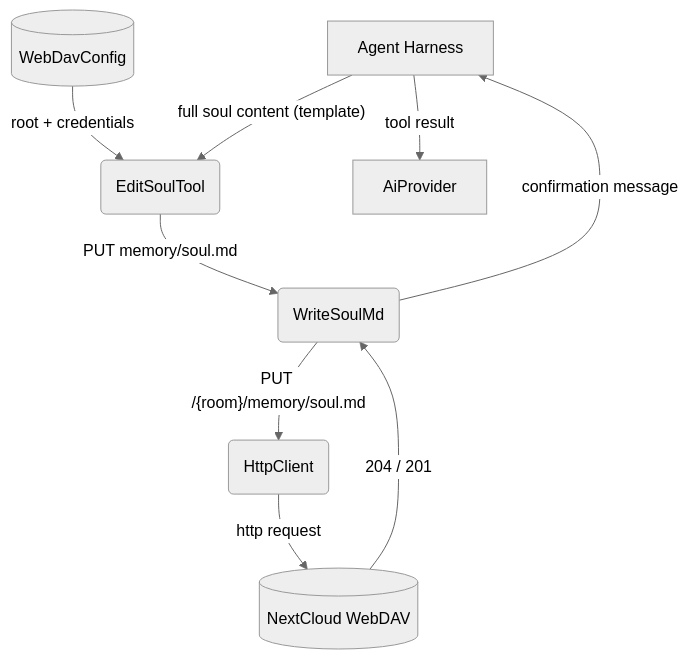
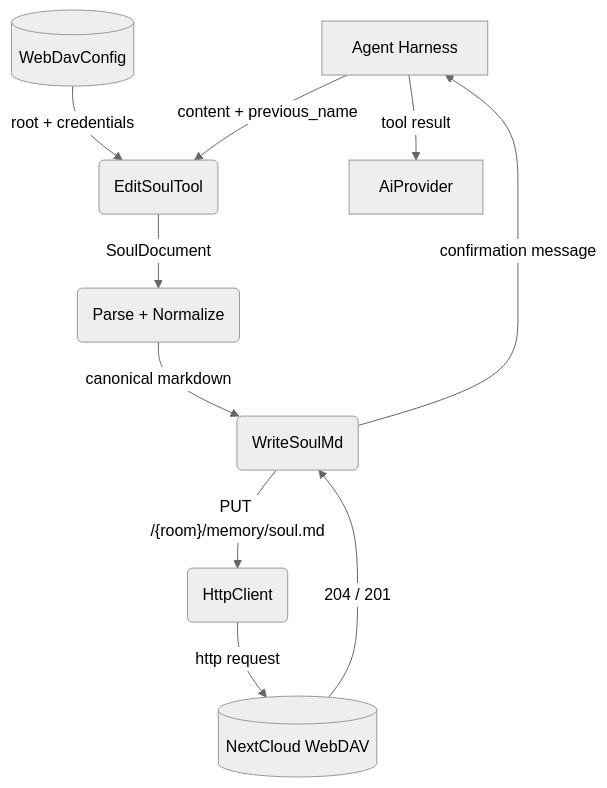
Before and after one commit to cosmoswafer/rockbot: the diagram in _dfd/tools/edit-soul/main-path.md, drawn with Mermaid (neutral theme). The commit also changed other lines of this file and 22 other files, not shown here.

Commit message:
Soul format: YAML front matter + legacy name migration (closes #105)

````diff
--- a/_dfd/tools/edit-soul/main-path.md
+++ b/_dfd/tools/edit-soul/main-path.md
@@ -37,19 +41,21 @@
 ```mermaid
 flowchart TD
     AGENT[Agent Harness]
     CFG[(WebDavConfig)]
     SOUL(EditSoulTool)
+    PARSE(Parse + Normalize)
     PUT(WriteSoulMd)
     HTTP(HttpClient)
     DAV[(NextCloud WebDAV)]
     AI[AiProvider]
 
-    AGENT -->|"full soul content (template)"| SOUL
+    AGENT -->|"content + previous_name"| SOUL
     CFG -->|"root + credentials"| SOUL
-    SOUL -->|"PUT memory/soul.md"| PUT
+    SOUL -->|"SoulDocument"| PARSE
+    PARSE -->|"canonical markdown"| PUT
     PUT -->|"PUT /{room}/memory/soul.md"| HTTP
     HTTP -->|"http request"| DAV
     DAV -->|"204 / 201"| PUT
     PUT -->|"confirmation message"| AGENT
     AGENT -->|"tool result"| AI
 ```
````
